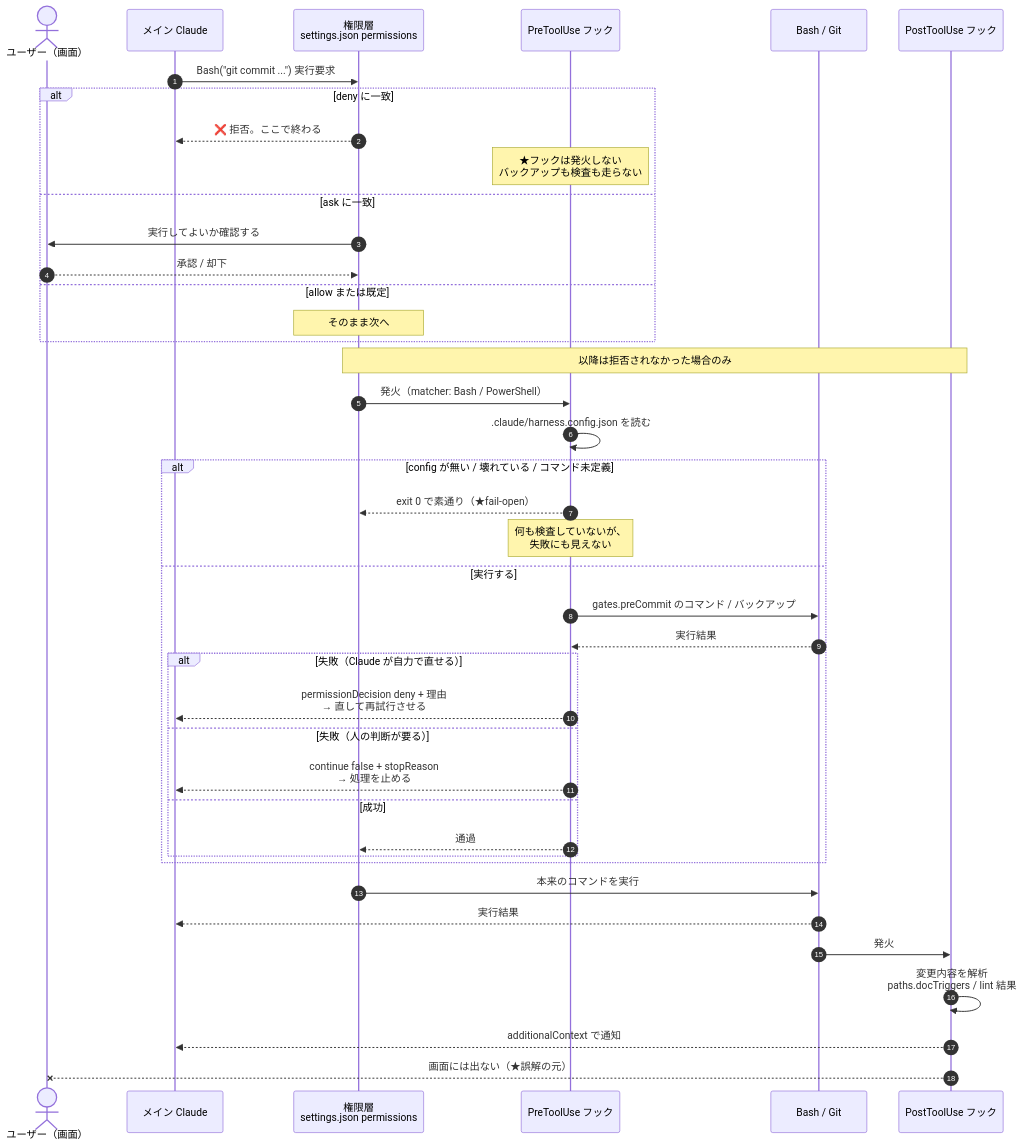
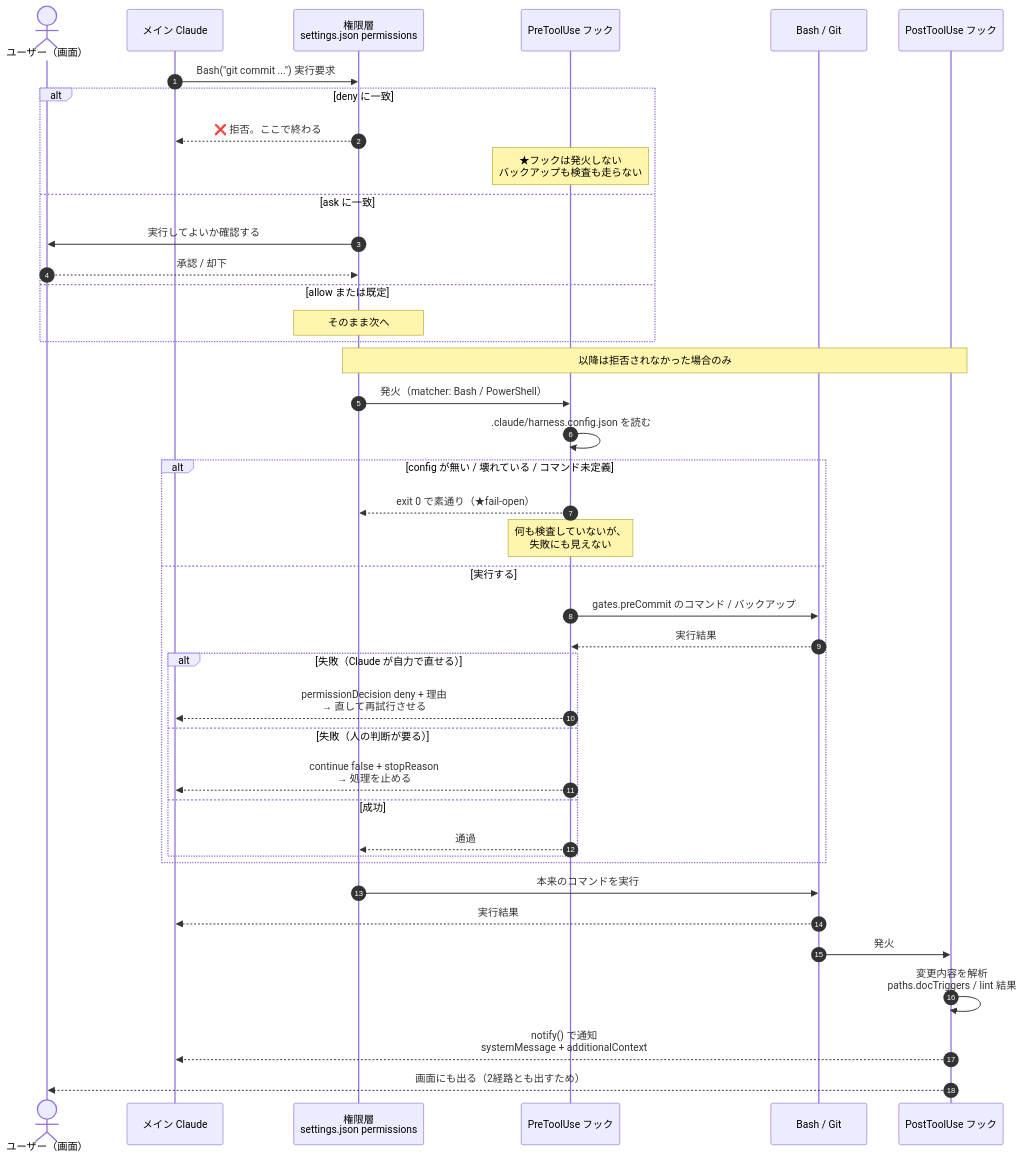
One commit to mizuta0711/claude-dev-harness changed the diagram in docs/diagrams/05_フック発火タイミング図.md. Above: the diagram before and after it, drawn with Mermaid. The commit also changed other lines of this file and 23 other files, not shown here.

````diff
--- a/docs/diagrams/05_フック発火タイミング図.md
+++ b/docs/diagrams/05_フック発火タイミング図.md
@@ -30,50 +30,50 @@
 ```mermaid
 sequenceDiagram
     autonumber
     actor User as ユーザー（画面）
     participant Claude as メイン Claude
     participant Perm as 権限層<br/>settings.json permissions
     participant Pre as PreToolUse フック
     participant Bash as Bash / Git
     participant Post as PostToolUse フック
 
     Claude->>Perm: Bash("git commit ...") 実行要求
 
     alt deny に一致
         Perm-->>Claude: ❌ 拒否。ここで終わる
         Note over Pre: ★フックは発火しない<br/>バックアップも検査も走らない
     else ask に一致
         Perm->>User: 実行してよいか確認する
         User-->>Perm: 承認 / 却下
     else allow または既定
         Note over Perm: そのまま次へ
     end
 
     Note over Perm,Post: 以降は拒否されなかった場合のみ
 
     Perm->>Pre: 発火（matcher: Bash / PowerShell）
     Pre->>Pre: .claude/harness.config.json を読む
 
     alt config が無い / 壊れている / コマンド未定義
         Pre-->>Perm: exit 0 で素通り（★fail-open）
         Note over Pre: 何も検査していないが、<br/>失敗にも見えない
     else 実行する
         Pre->>Bash: gates.preCommit のコマンド / バックアップ
         Bash-->>Pre: 実行結果
         alt 失敗（Claude が自力で直せる）
             Pre-->>Claude: permissionDecision deny + 理由<br/>→ 直して再試行させる
         else 失敗（人の判断が要る）
             Pre-->>Claude: continue false + stopReason<br/>→ 処理を止める
         else 成功
             Pre-->>Perm: 通過
         end
     end
 
     Perm->>Bash: 本来のコマンドを実行
     Bash-->>Claude: 実行結果
     Bash->>Post: 発火
 
     Post->>Post: 変更内容を解析<br/>paths.docTriggers / lint 結果
-    Post-->>Claude: additionalContext で通知
-    Post--x User: 画面には出ない（★誤解の元）
+    Post-->>Claude: notify() で通知<br/>systemMessage + additionalContext
+    Post-->>User: 画面にも出る（2経路とも出すため）
 ```
````
